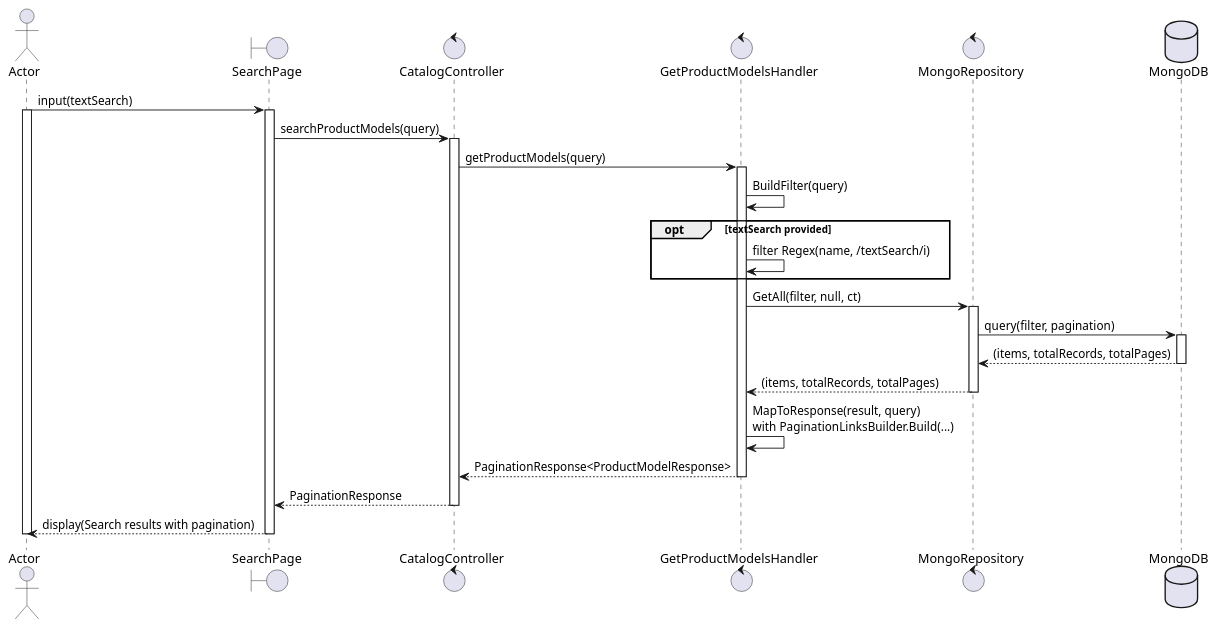
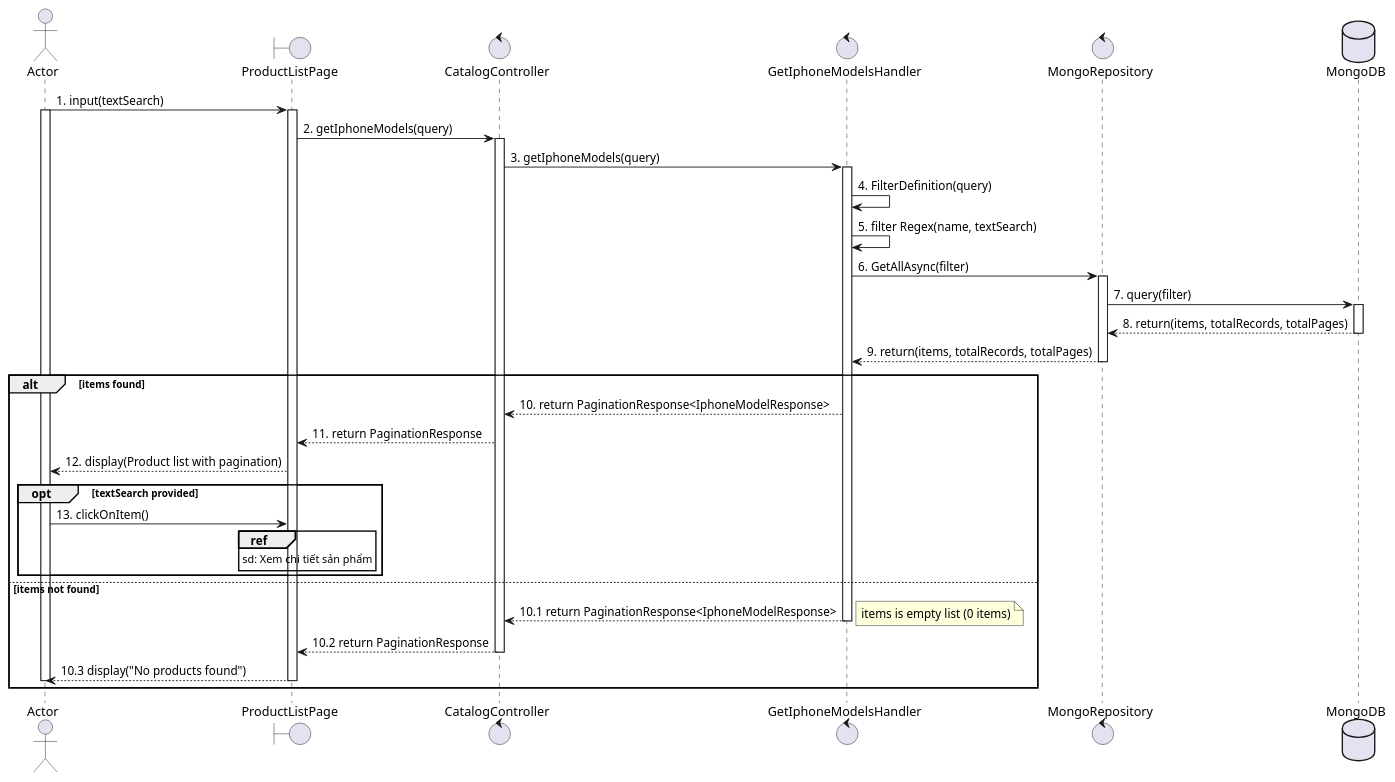
Before and after one commit to Young-Z-Generation-YZG/your-comfort-my-apple: the diagram in docs/usecases/UC8_search-product.plantuml, drawn with PlantUML.

```diff
--- a/docs/usecases/UC8_search-product.plantuml
+++ b/docs/usecases/UC8_search-product.plantuml
@@ -1,45 +1,52 @@
-@startuml UC8_search_product
+@startuml UC8_search-product
 actor Actor
-boundary SearchPage
+boundary ProductListPage
 control CatalogController
-control GetProductModelsHandler
+control GetIphoneModelsHandler
 control MongoRepository
 database MongoDB
 
-Actor -> SearchPage: input(textSearch)
+Actor -> ProductListPage: 1. input(textSearch)
 activate Actor
-activate SearchPage
+activate ProductListPage
 
-SearchPage -> CatalogController: searchProductModels(query)
+ProductListPage -> CatalogController: 2. getIphoneModels(query)
 activate CatalogController
 
-CatalogController -> GetProductModelsHandler: getProductModels(query)
-activate GetProductModelsHandler
+CatalogController -> GetIphoneModelsHandler: 3. getIphoneModels(query)
+activate GetIphoneModelsHandler
 
-GetProductModelsHandler -> GetProductModelsHandler: BuildFilter(query)
+GetIphoneModelsHandler -> GetIphoneModelsHandler: 4. FilterDefinition(query)
 
-opt textSearch provided
-    GetProductModelsHandler -> GetProductModelsHandler: filter Regex(name, /textSearch/i)
-end
+GetIphoneModelsHandler -> GetIphoneModelsHandler: 5. filter Regex(name, textSearch)
 
-GetProductModelsHandler -> MongoRepository: GetAll(filter, null, ct)
+GetIphoneModelsHandler -> MongoRepository: 6. GetAllAsync(filter)
 activate MongoRepository
-MongoRepository -> MongoDB: query(filter, pagination)
+MongoRepository -> MongoDB: 7. query(filter)
 activate MongoDB
-MongoDB --> MongoRepository: (items, totalRecords, totalPages)
+MongoDB --> MongoRepository: 8. return(items, totalRecords, totalPages)
 deactivate MongoDB
-MongoRepository --> GetProductModelsHandler: (items, totalRecords, totalPages)
+MongoRepository --> GetIphoneModelsHandler: 9. return(items, totalRecords, totalPages)
 deactivate MongoRepository
 
-GetProductModelsHandler -> GetProductModelsHandler: MapToResponse(result, query)\nwith PaginationLinksBuilder.Build(...)
-GetProductModelsHandler --> CatalogController: PaginationResponse<ProductModelResponse>
-deactivate GetProductModelsHandler
-
-CatalogController --> SearchPage: PaginationResponse
-deactivate CatalogController
-
-SearchPage --> Actor: display(Search results with pagination)
-deactivate SearchPage
-deactivate Actor
-
+alt items found
+    GetIphoneModelsHandler --> CatalogController: 10. return PaginationResponse<IphoneModelResponse>
+    CatalogController --> ProductListPage: 11. return PaginationResponse
+    ProductListPage --> Actor: 12. display(Product list with pagination)
+    opt textSearch provided
+        Actor -> ProductListPage: 13. clickOnItem()
+        ref over ProductListPage: sd: Xem chi tiết sản phẩm
+    end
+else items not found
+    GetIphoneModelsHandler --> CatalogController: 10.1 return PaginationResponse<IphoneModelResponse>
+    deactivate GetIphoneModelsHandler
+    note right
+        items is empty list (0 items)
+    end note
+    CatalogController --> ProductListPage: 10.2 return PaginationResponse
+    deactivate CatalogController
+    ProductListPage --> Actor: 10.3 display("No products found")
+    deactivate ProductListPage
+    deactivate Actor
+end
 @enduml
```
